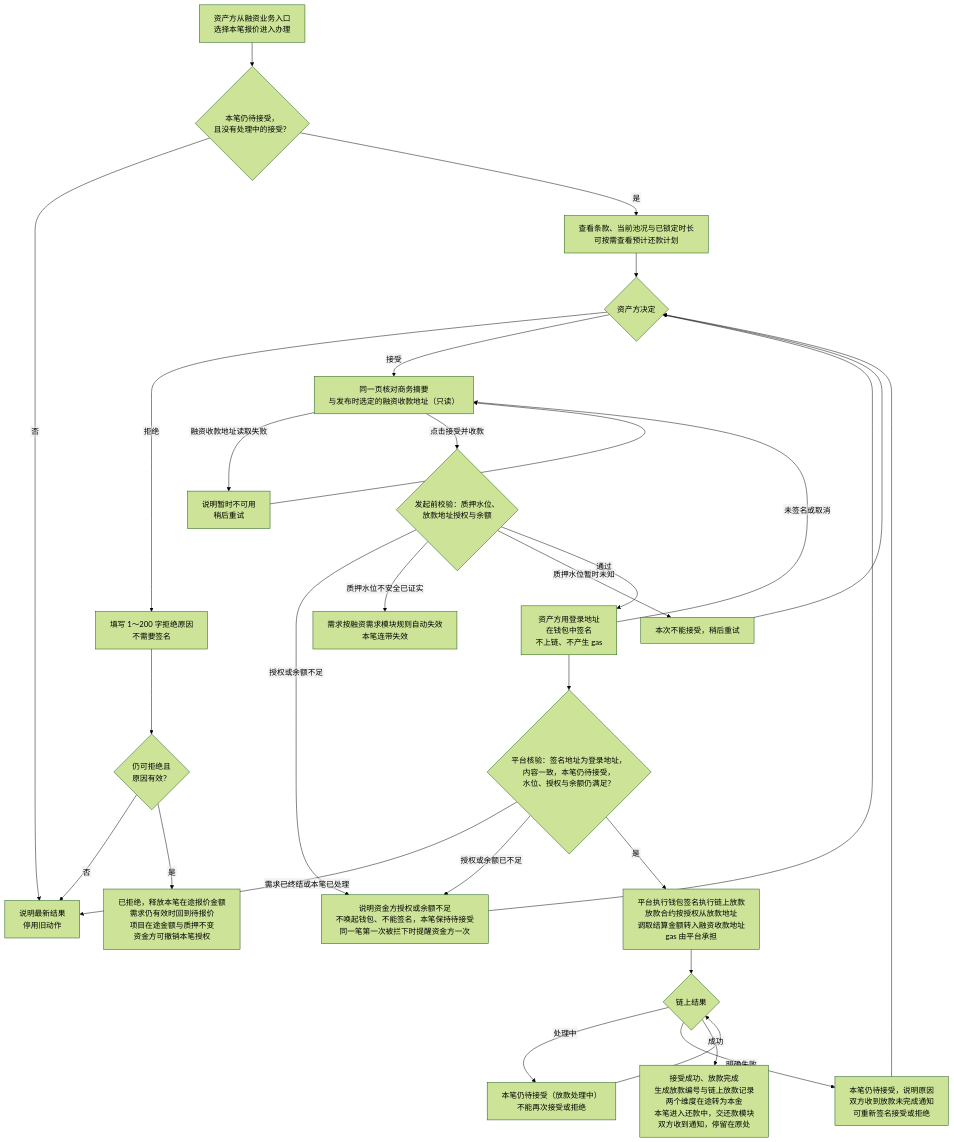
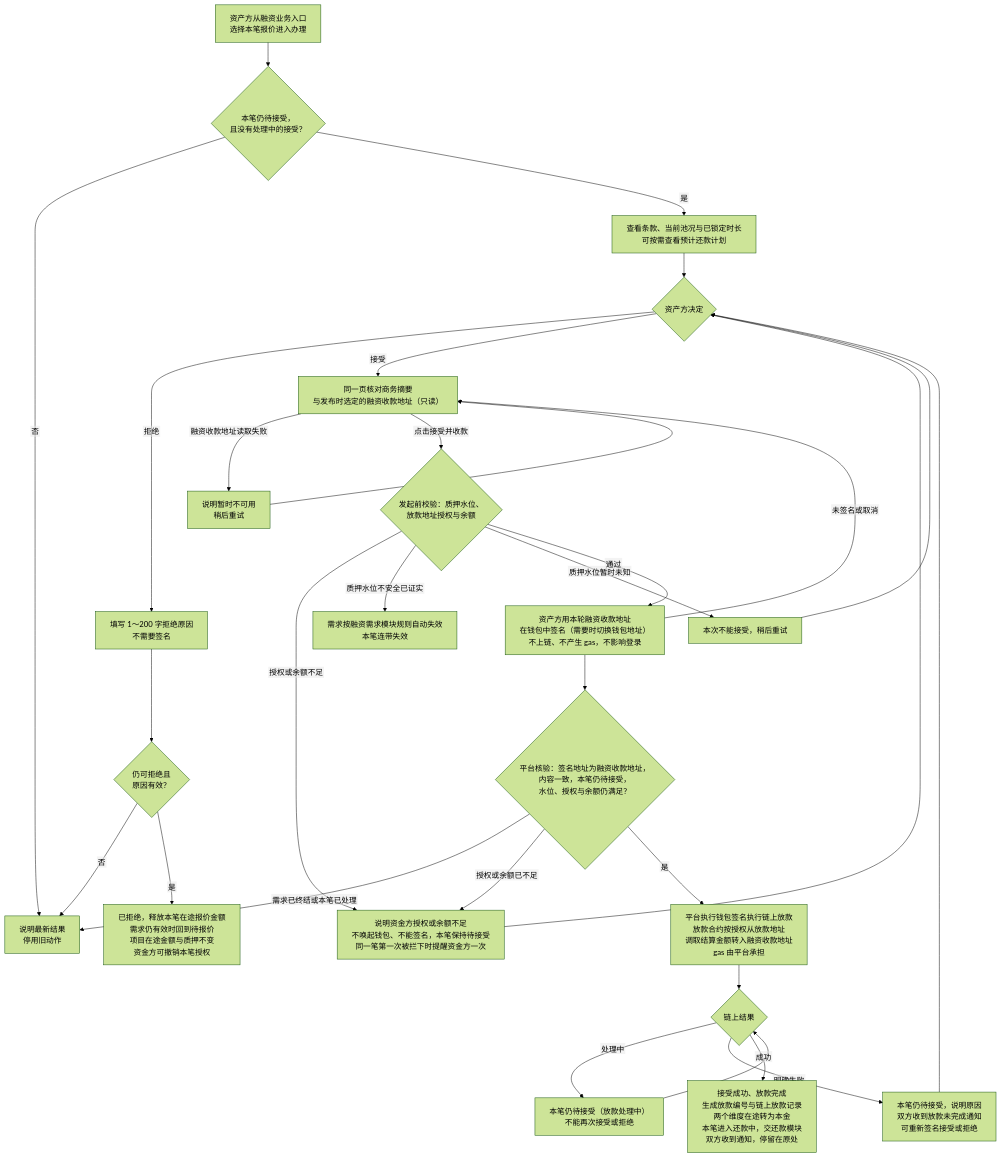
One commit to wxblockchain/Chain-Financing changed the second of 10 diagrams in lending-platform/PRD/面客端/06-借贷广场-授信报价与接受拒绝/02-授信报价与接受拒绝-流程图与状态机.md. Above: the diagram before and after it, drawn with Mermaid (forest theme). The commit also changed other lines of this file and 4 other files, not shown here.

````diff
--- a/lending-platform/PRD/面客端/06-借贷广场-授信报价与接受拒绝/02-授信报价与接受拒绝-流程图与状态机.md
+++ b/lending-platform/PRD/面客端/06-借贷广场-授信报价与接受拒绝/02-授信报价与接受拒绝-流程图与状态机.md
@@ -65,33 +63,33 @@
 ```mermaid
 %%{init: {"flowchart": {"htmlLabels": false, "wrappingWidth": 400}}}%%
 flowchart TD
   A["资产方从融资业务入口<br/>选择本笔报价进入办理"] --> B{"本笔仍待接受，<br/>且没有处理中的接受？"}
   B -->|"否"| X["说明最新结果<br/>停用旧动作"]
   B -->|"是"| C["查看条款、当前池况与已锁定时长<br/>可按需查看预计还款计划"]
   C --> D{"资产方决定"}
   D -->|"拒绝"| R["填写 1～200 字拒绝原因<br/>不需要签名"]
   R --> R1{"仍可拒绝且<br/>原因有效？"}
   R1 -->|"否"| X
   R1 -->|"是"| R2["已拒绝，释放本笔在途报价金额<br/>需求仍有效时回到待报价<br/>项目在途金额与质押不变<br/>资金方可撤销本笔授权"]
   D -->|"接受"| E["同一页核对商务摘要<br/>与发布时选定的融资收款地址（只读）"]
   E -->|"融资收款地址读取失败"| E1["说明暂时不可用<br/>稍后重试"]
   E1 --> E
   E -->|"点击接受并收款"| P{"发起前校验：质押水位、<br/>放款地址授权与余额"}
   P -->|"授权或余额不足"| P1["说明资金方授权或余额不足<br/>不唤起钱包、不能签名，本笔保持待接受<br/>同一笔第一次被拦下时提醒资金方一次"]
   P1 --> D
   P -->|"质押水位不安全已证实"| P2["需求按融资需求模块规则自动失效<br/>本笔连带失效"]
   P -->|"质押水位暂时未知"| P3["本次不能接受，稍后重试"]
   P3 --> D
-  P -->|"通过"| J["资产方用登录地址<br/>在钱包中签名<br/>不上链、不产生 gas"]
+  P -->|"通过"| J["资产方用本轮融资收款地址<br/>在钱包中签名（需要时切换钱包地址）<br/>不上链、不产生 gas，不影响登录"]
   J -->|"未签名或取消"| E
-  J --> K{"平台核验：签名地址为登录地址，<br/>内容一致，本笔仍待接受，<br/>水位、授权与余额仍满足？"}
+  J --> K{"平台核验：签名地址为融资收款地址，<br/>内容一致，本笔仍待接受，<br/>水位、授权与余额仍满足？"}
   K -->|"需求已终结或本笔已处理"| X
   K -->|"授权或余额已不足"| P1
   K -->|"是"| L["平台执行钱包签名执行链上放款<br/>放款合约按授权从放款地址<br/>调取结算金额转入融资收款地址<br/>gas 由平台承担"]
   L --> M{"链上结果"}
   M -->|"处理中"| M1["本笔仍待接受（放款处理中）<br/>不能再次接受或拒绝"]
   M1 --> M
   M -->|"明确失败"| M2["本笔仍待接受，说明原因<br/>双方收到放款未完成通知<br/>可重新签名接受或拒绝"]
   M2 --> D
   M -->|"成功"| N["接受成功、放款完成<br/>生成放款编号与链上放款记录<br/>两个维度在途转为本金<br/>本笔进入还款中，交还款模块<br/>双方收到通知，停留在原处"]
 ```
````
